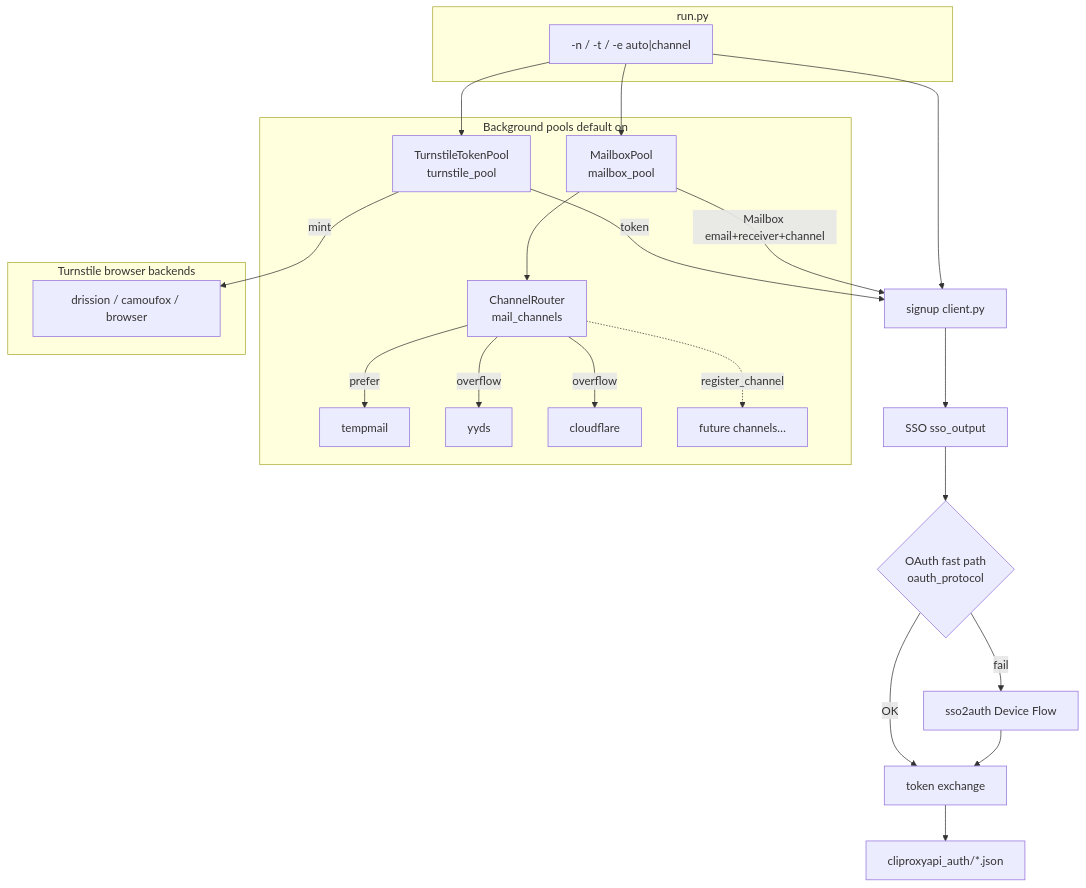
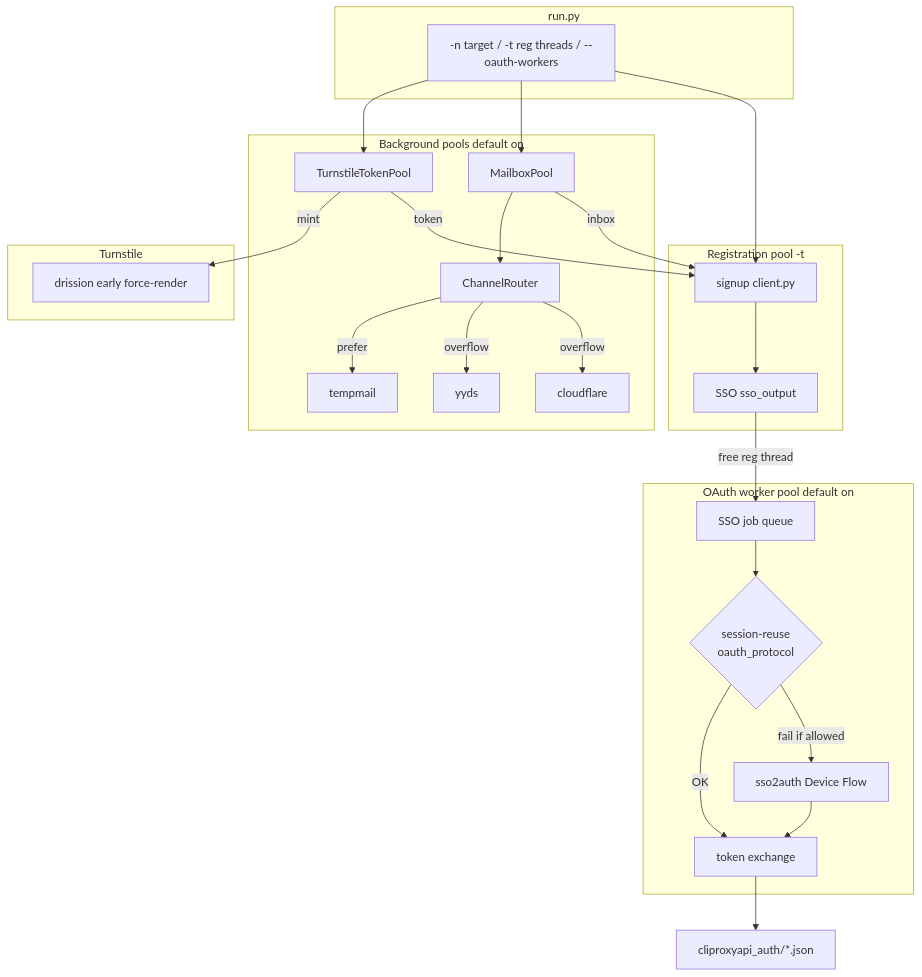
Before and after one commit to starlight02/grok-build-auth: the diagram in README.en.md, drawn with Mermaid. The commit also changed other lines of this file and 9 other files, not shown here.

Commit message:
feat: pipeline oauth workers, early turnstile, and transport retries

````diff
--- a/README.en.md
+++ b/README.en.md
@@ -69,34 +73,46 @@
 ```mermaid
 flowchart TB
     subgraph entry [run.py]
-      A["-n / -t / -e auto|channel"]
+      A["-n target / -t reg threads / --oauth-workers"]
     end
 
     subgraph pools [Background pools default on]
-      TP[TurnstileTokenPool<br/>turnstile_pool]
-      MP[MailboxPool<br/>mailbox_pool]
-      R[ChannelRouter<br/>mail_channels]
+      TP[TurnstileTokenPool]
+      MP[MailboxPool]
+      R[ChannelRouter]
       MP --> R
       R -->|prefer| TM[tempmail]
       R -->|overflow| YY[yyds]
       R -->|overflow| CF[cloudflare]
-      R -.->|register_channel| X[future channels…]
     end
 
-    subgraph browser [Turnstile browser backends]
-      S[drission / camoufox / browser]
+    subgraph reg [Registration pool -t]
+      B[signup client.py]
+      C[SSO sso_output]
+    end
+
+    subgraph oauthp [OAuth worker pool default on]
+      Q[SSO job queue]
+      D{session-reuse<br/>oauth_protocol}
+      F[sso2auth Device Flow]
+      E[token exchange]
+    end
+
+    subgraph browser [Turnstile]
+      S[drission early force-render]
     end
 
     A --> TP
     A --> MP
     TP -->|mint| S
-    A --> B[signup client.py]
+    A --> B
     TP -->|token| B
-    MP -->|Mailbox email+receiver+channel| B
-    B --> C[SSO sso_output]
-    C --> D{OAuth fast path<br/>oauth_protocol}
-    D -->|OK| E[token exchange]
-    D -->|fail| F[sso2auth Device Flow]
+    MP -->|inbox| B
+    B --> C
+    C -->|free reg thread| Q
+    Q --> D
+    D -->|OK| E
+    D -->|fail if allowed| F
     F --> E
     E --> G[cliproxyapi_auth/*.json]
 ```
````
